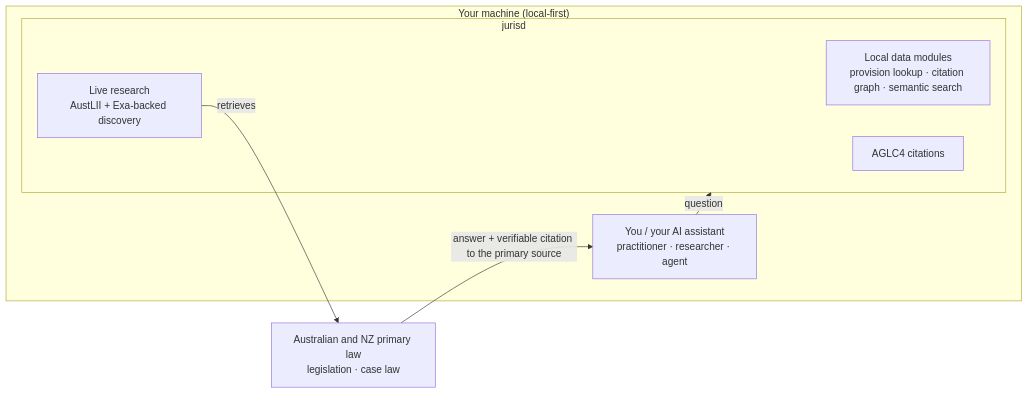
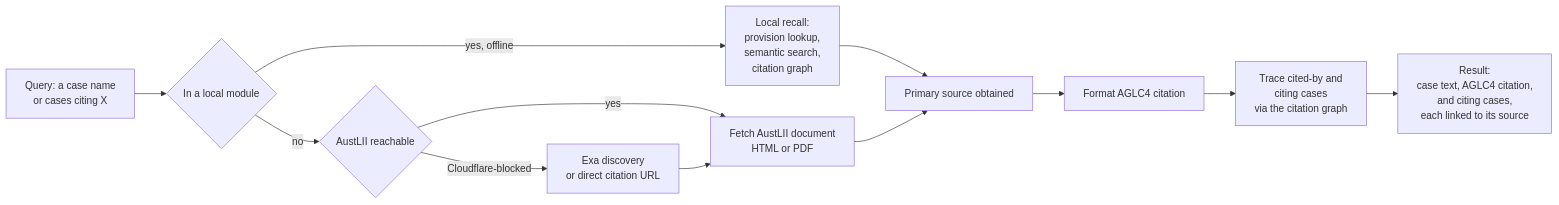
One commit to russellbrenner/jurisd changed the diagram in README.md. Above: the diagram before and after it, drawn with Mermaid.

Commit message:
docs: make the hero diagram a real case-lookup process flow
Replace the abstract trust-loop with the actual data flow of a lookup:
query -> local-vs-live routing -> Cloudflare/Exa fallback -> fetch the AustLII
document -> format AGLC4 -> trace cited-by/citing cases via the citation graph
-> sourced result. Renders cleanly (the previous block used "graph" as a node
id, a reserved Mermaid keyword that breaks the whole diagram).

````diff
--- a/README.md
+++ b/README.md
@@ -10,15 +10,15 @@
 ```mermaid
 flowchart LR
-    subgraph machine["Your machine (local-first)"]
-        you["You / your AI assistant<br/>practitioner · researcher · agent"]
-        subgraph jurisd["jurisd"]
-            modules["Local data modules<br/>provision lookup · citation graph · semantic search"]
-            live["Live research<br/>AustLII + Exa-backed discovery"]
-            aglc4["AGLC4 citations"]
-        end
-        you -->|question| jurisd
-    end
-    law["Australian and NZ primary law<br/>legislation · case law"]
-    live -->|retrieves| law
-    law -->|"answer + verifiable citation to the primary source"| you
+    q["Query: a case name<br/>or cases citing X"]
+    q --> route{"In a local module"}
+    route -->|"yes, offline"| local["Local recall:<br/>provision lookup,<br/>semantic search,<br/>citation graph"]
+    route -->|no| live{"AustLII reachable"}
+    live -->|"Cloudflare-blocked"| exa["Exa discovery<br/>or direct citation URL"]
+    live -->|yes| fetch
+    exa --> fetch["Fetch AustLII document<br/>HTML or PDF"]
+    local --> src["Primary source obtained"]
+    fetch --> src
+    src --> aglc4["Format AGLC4 citation"]
+    aglc4 --> trace["Trace cited-by and<br/>citing cases<br/>via the citation graph"]
+    trace --> out["Result:<br/>case text, AGLC4 citation,<br/>and citing cases,<br/>each linked to its source"]
 ```
````
